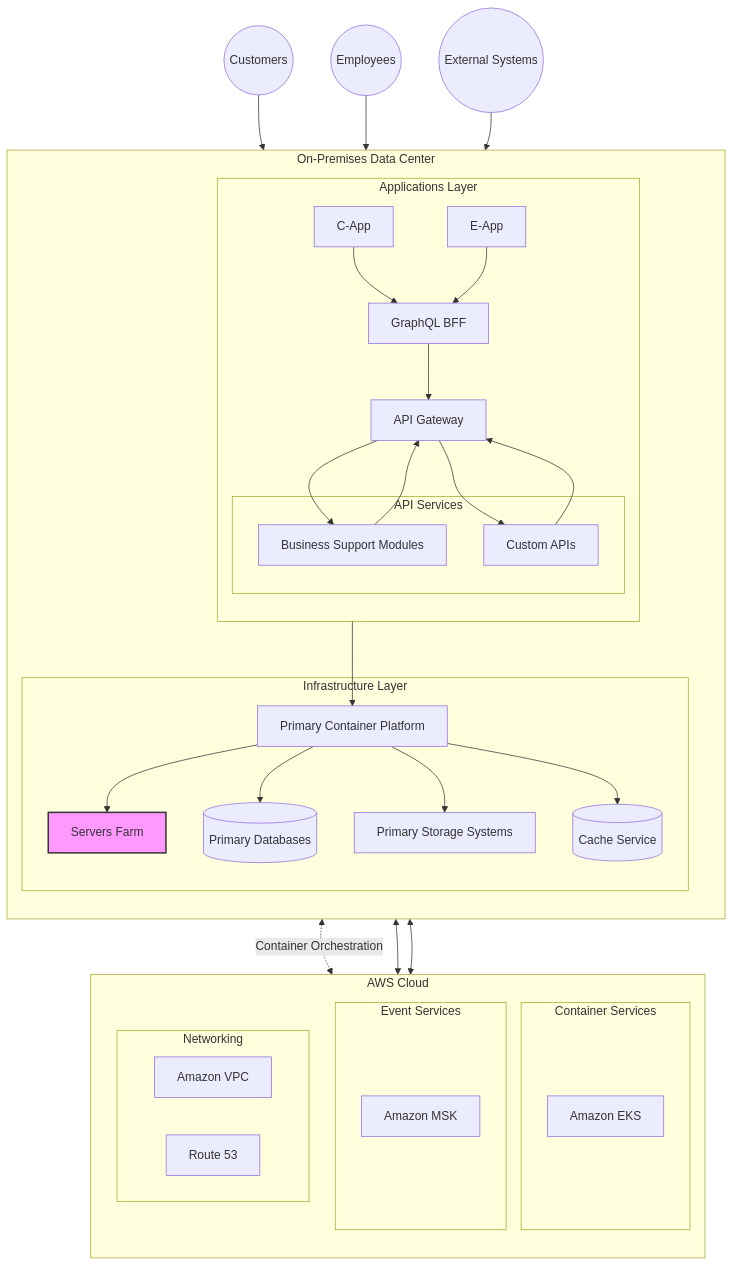
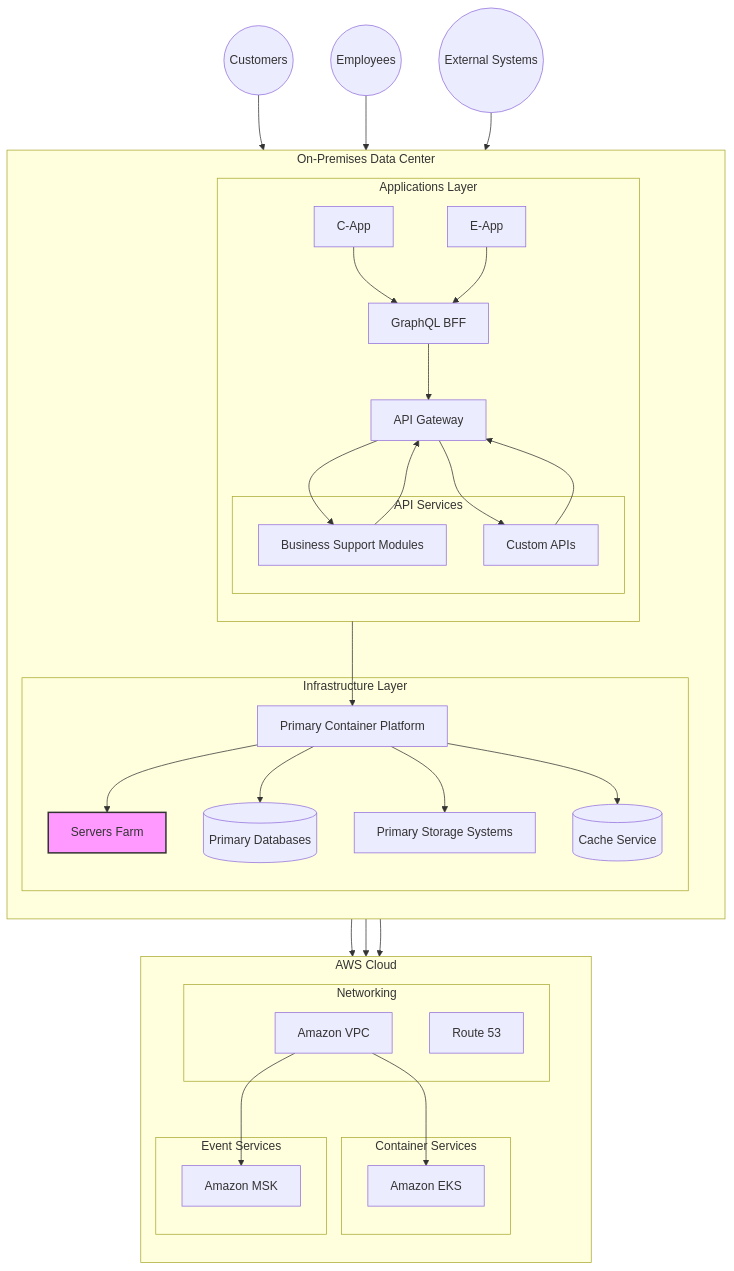
One commit to henryrestive/infra-docs changed the diagram in AWS-HybridCloud.md. Above: the diagram before and after it, drawn with Mermaid. The commit also changed 2 other files, not shown here.

Commit message:
Make the diagrams more visible

````diff
--- a/AWS-HybridCloud.md
+++ b/AWS-HybridCloud.md
@@ -8,62 +8,65 @@
 ```mermaid
 graph TB
     subgraph OnPrem[On-Premises Data Center]
         direction TB
         subgraph Apps[Applications Layer]
             CApp[C-App]
             EApp[E-App]
             subgraph API[API Services]
                 BSM[Business Support Modules]
                 CustomAPI[Custom APIs]
             end
             BFF[GraphQL BFF]
             Gateway[API Gateway]
         end
         
         subgraph Infrastructure[Infrastructure Layer]
             ServersFarm[Servers Farm]:::serversFarm
             ContainerPlatform[Primary Container Platform]
             PrimaryDB[(Primary Databases)]
             PrimaryStorage[Primary Storage Systems]
             CacheService[(Cache Service)]
         end
     end
 
     subgraph AWS[AWS Cloud]
         direction TB
+        subgraph Network[Networking]
+            VPC[Amazon VPC]
+            Route53[Route 53]
+        end
+        
         subgraph Compute[Container Services]
             EKS[Amazon EKS]
         end
         
         subgraph Messaging[Event Services]
             MSK[Amazon MSK]
-        end
-        
-        subgraph Network[Networking]
-            VPC[Amazon VPC]
-            Route53[Route 53]
         end
     end
 
     Customers((Customers))
     Employees((Employees))
     ExternalSystems((External Systems))
 
     CApp & EApp --> BFF
     BFF --> Gateway
     BSM & CustomAPI --> Gateway
     Gateway --> BSM
     Gateway --> CustomAPI
     Customers --> CApp
     Employees --> EApp
     ExternalSystems --> Gateway
     Apps --> ContainerPlatform
     ContainerPlatform --> ServersFarm
     ContainerPlatform --> PrimaryDB
     ContainerPlatform --> PrimaryStorage
     ContainerPlatform --> CacheService
-    ContainerPlatform <-.->|Container Orchestration| EKS
-    BSM & CustomAPI <--> MSK
+    ContainerPlatform --> VPC
+    VPC --> EKS
+    BSM --> VPC
+    CustomAPI --> VPC
+    VPC --> MSK
 
     classDef serversFarm fill:#f9f,stroke:#333,stroke-width:2px;
 ```
````
